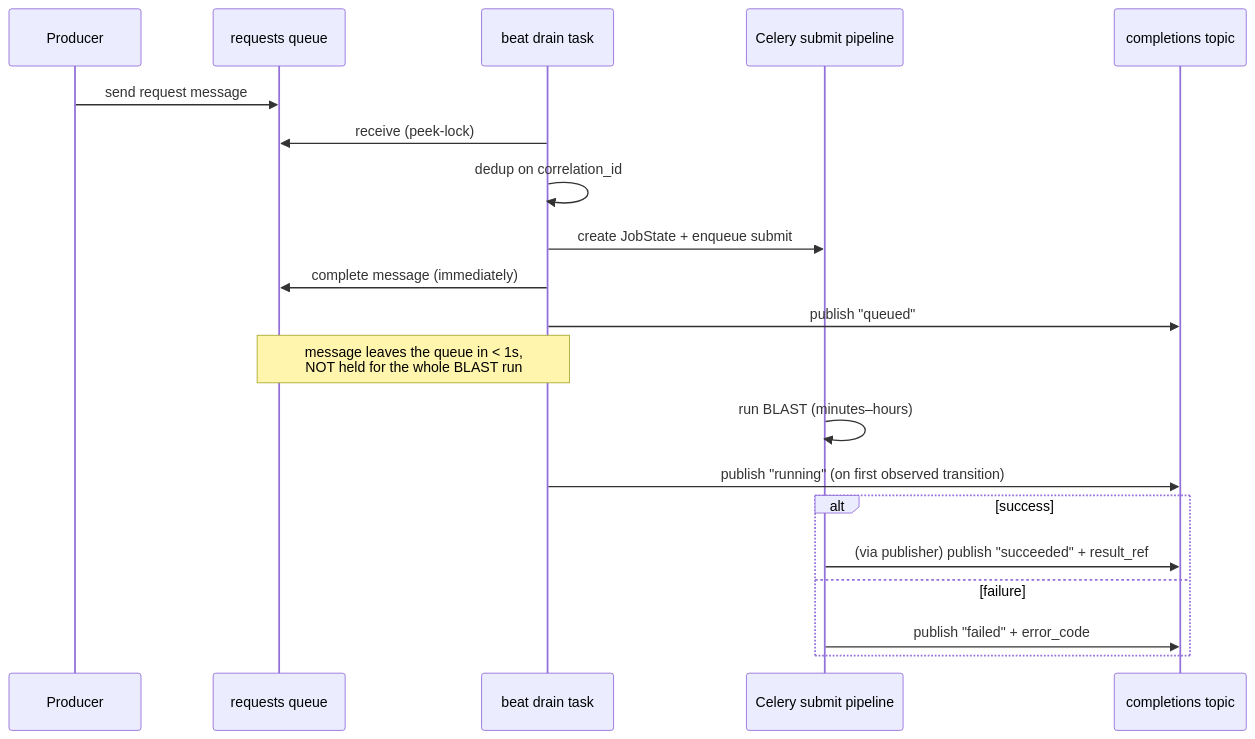
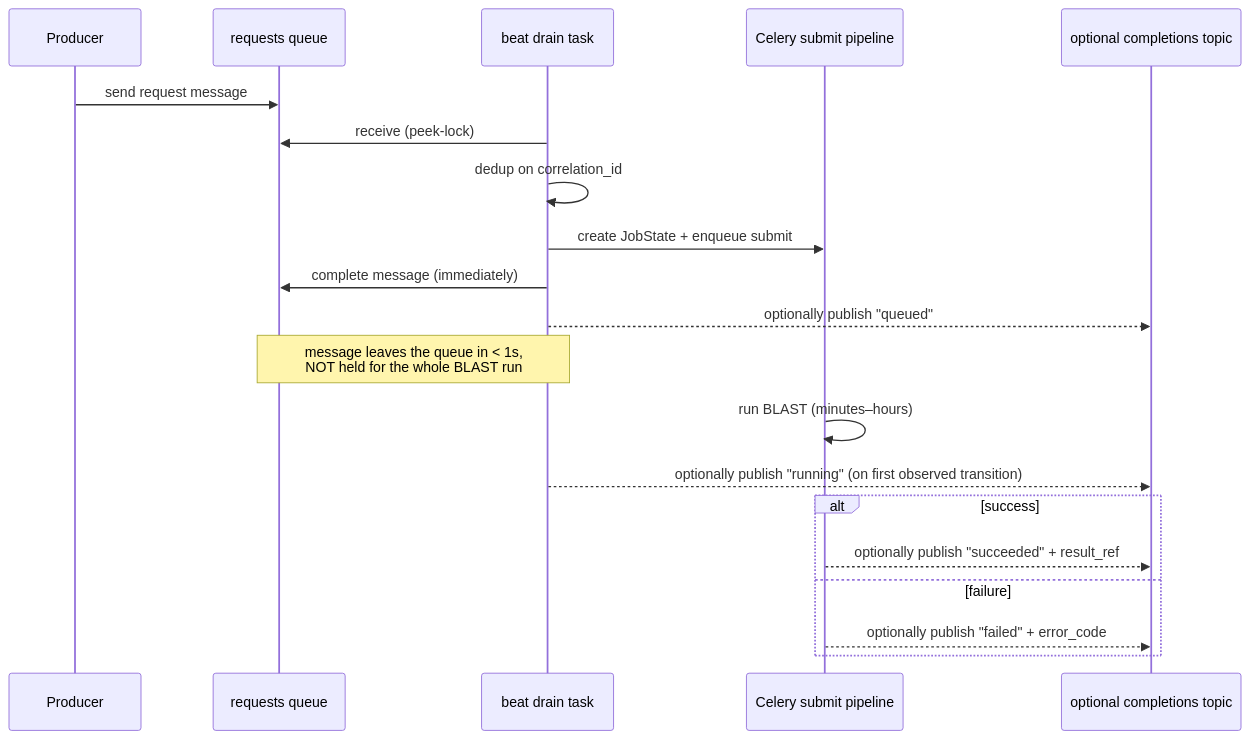
Before and after one commit to dotnetpower/elb-dashboard: the second of 2 diagrams in docs/architecture/service-bus-integration.md, drawn with Mermaid. The commit also changed other lines of this file and 22 other files, not shown here.

First line of the commit message:
feat(service-bus): Enhance Service Bus integration with optional completion topic and improved telemetry

````diff
--- a/docs/architecture/service-bus-integration.md
+++ b/docs/architecture/service-bus-integration.md
@@ -148,22 +158,22 @@
 ```mermaid
 sequenceDiagram
   participant P as Producer
   participant Q as requests queue
   participant B as beat drain task
   participant S as Celery submit pipeline
-  participant T as completions topic
+  participant T as optional completions topic
   P->>Q: send request message
   B->>Q: receive (peek-lock)
   B->>B: dedup on correlation_id
   B->>S: create JobState + enqueue submit
   B->>Q: complete message (immediately)
-  B->>T: publish "queued"
+  B-->>T: optionally publish "queued"
   Note over B,Q: message leaves the queue in < 1s,<br/>NOT held for the whole BLAST run
   S->>S: run BLAST (minutes–hours)
-  B->>T: publish "running" (on first observed transition)
+  B-->>T: optionally publish "running" (on first observed transition)
   alt success
-    S->>T: (via publisher) publish "succeeded" + result_ref
+    S-->>T: optionally publish "succeeded" + result_ref
   else failure
-    S->>T: publish "failed" + error_code
+    S-->>T: optionally publish "failed" + error_code
   end
 ```
````
